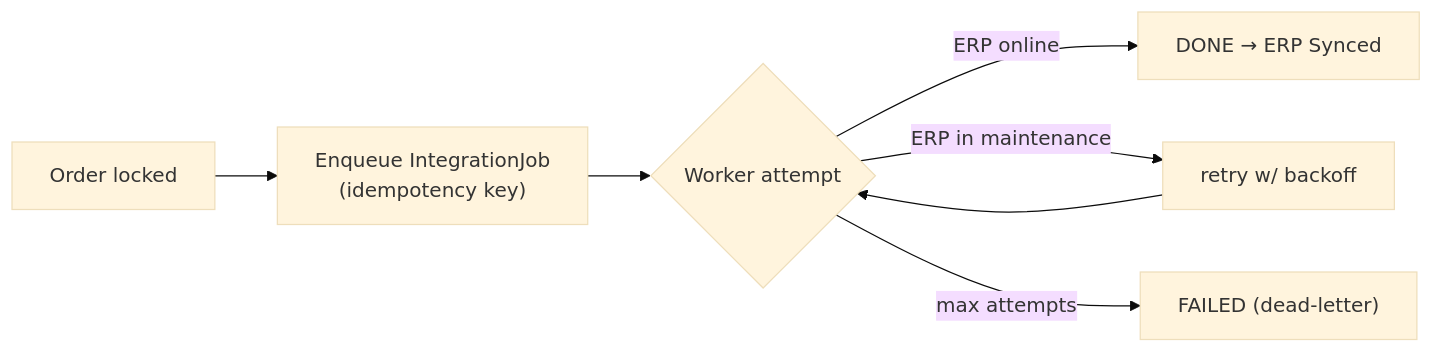
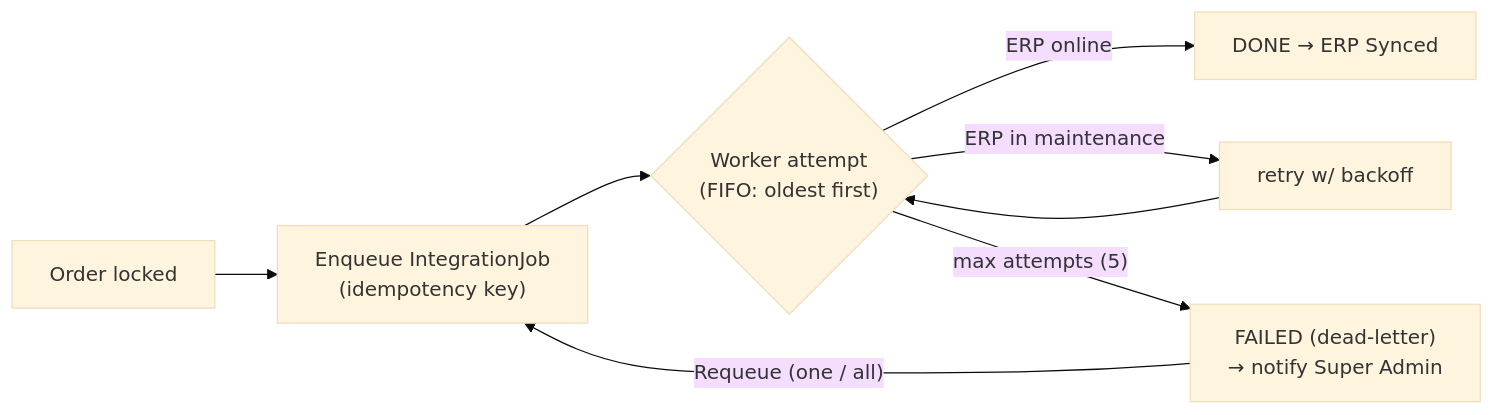
The fourth of 4 diagrams in ARCHITECTURE.md (clasikz/b2b-order-portal), drawn with Mermaid (base theme) before and after one commit. The commit also changed other lines of this file and 10 other files, not shown here.

Commit message:
feat: ERP dead-letter recovery (Failed table, Requeue one/all, admin alert, FIFO) + docs

````diff
--- a/ARCHITECTURE.md
+++ b/ARCHITECTURE.md
@@ -129,9 +129,10 @@
 ```mermaid
 flowchart LR
   L["Order locked"] --> Q["Enqueue IntegrationJob<br/>(idempotency key)"]
-  Q --> W{"Worker attempt"}
+  Q --> W{"Worker attempt<br/>(FIFO: oldest first)"}
   W -->|"ERP online"| D["DONE → ERP Synced"]
   W -->|"ERP in maintenance"| R["retry w/ backoff"]
   R --> W
-  W -->|"max attempts"| F["FAILED (dead-letter)"]
+  W -->|"max attempts (5)"| F["FAILED (dead-letter)<br/>→ notify Super Admin"]
+  F -->|"Requeue (one / all)"| Q
 ```
````
